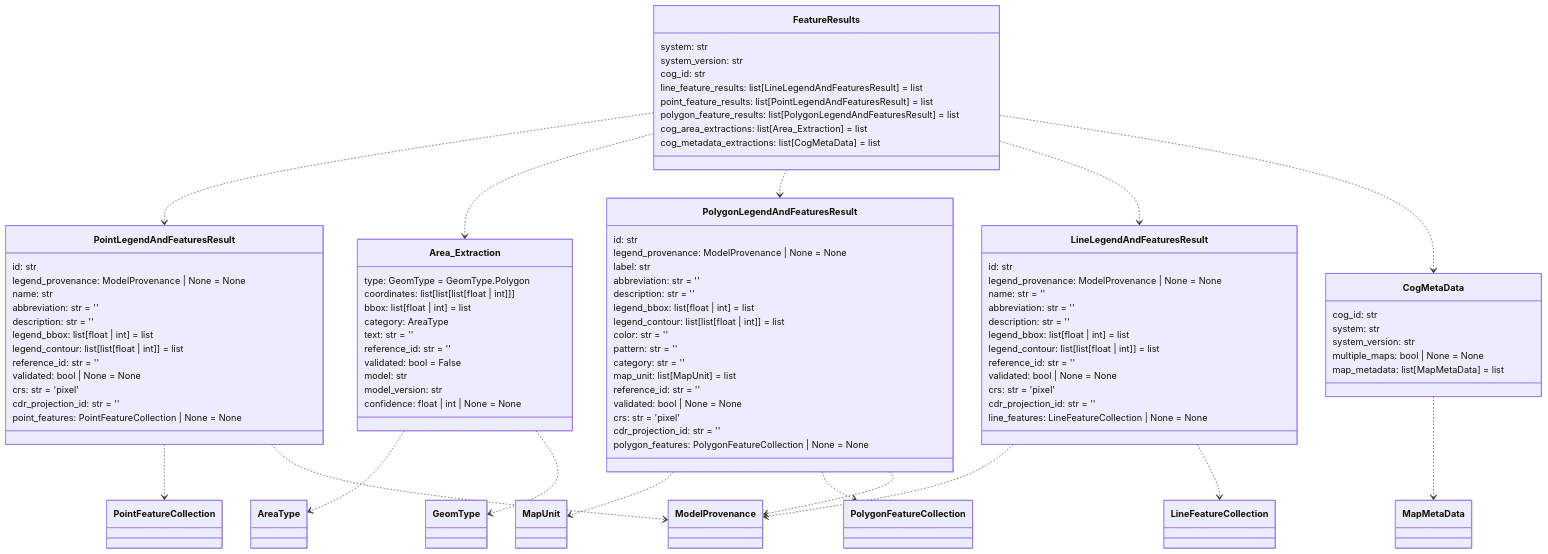
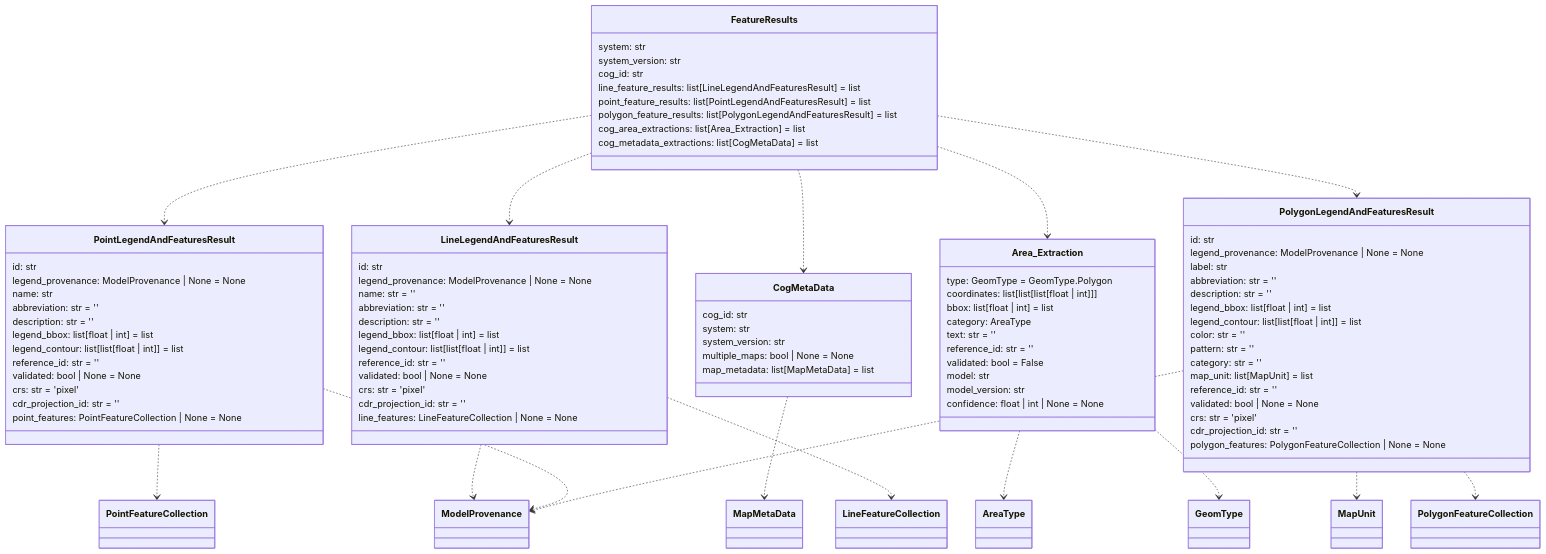
Before and after one commit to DARPA-CRITICALMAAS/cdr_schemas: the fourth of 14 diagrams in README.md, drawn with Mermaid. The commit also changed other lines of this file and 1 other file, not shown here.

````diff
--- a/README.md
+++ b/README.md
@@ -273,6 +273,14 @@
         point_features: PointFeatureCollection | None = None
     }
 
+    class CogMetaData {
+        cog_id: str
+        system: str
+        system_version: str
+        multiple_maps: bool | None = None
+        map_metadata: list[MapMetaData] = list
+    }
+
     class FeatureResults {
         system: str
         system_version: str
@@ -282,6 +290,21 @@
         polygon_feature_results: list[PolygonLegendAndFeaturesResult] = list
         cog_area_extractions: list[Area_Extraction] = list
         cog_metadata_extractions: list[CogMetaData] = list
+    }
+
+    class LineLegendAndFeaturesResult {
+        id: str
+        legend_provenance: ModelProvenance | None = None
+        name: str = ''
+        abbreviation: str = ''
+        description: str = ''
+        legend_bbox: list[float | int] = list
+        legend_contour: list[list[float | int]] = list
+        reference_id: str = ''
+        validated: bool | None = None
+        crs: str = 'pixel'
+        cdr_projection_id: str = ''
+        line_features: LineFeatureCollection | None = None
     }
 
     class Area_Extraction {
@@ -316,33 +339,10 @@
         polygon_features: PolygonFeatureCollection | None = None
     }
 
-    class LineLegendAndFeaturesResult {
-        id: str
-        legend_provenance: ModelProvenance | None = None
-        name: str = ''
-        abbreviation: str = ''
-        description: str = ''
-        legend_bbox: list[float | int] = list
-        legend_contour: list[list[float | int]] = list
-        reference_id: str = ''
-        validated: bool | None = None
-        crs: str = 'pixel'
-        cdr_projection_id: str = ''
-        line_features: LineFeatureCollection | None = None
-    }
-
-    class CogMetaData {
-        cog_id: str
-        system: str
-        system_version: str
-        multiple_maps: bool | None = None
-        map_metadata: list[MapMetaData] = list
-    }
-
     Area_Extraction ..> AreaType
     Area_Extraction ..> GeomType
+    LineLegendAndFeaturesResult ..> LineFeatureCollection
     LineLegendAndFeaturesResult ..> ModelProvenance
-    LineLegendAndFeaturesResult ..> LineFeatureCollection
     PointLegendAndFeaturesResult ..> PointFeatureCollection
     PointLegendAndFeaturesResult ..> ModelProvenance
     PolygonLegendAndFeaturesResult ..> MapUnit
@@ -350,10 +350,10 @@
     PolygonLegendAndFeaturesResult ..> ModelProvenance
     CogMetaData ..> MapMetaData
     FeatureResults ..> PointLegendAndFeaturesResult
+    FeatureResults ..> CogMetaData
+    FeatureResults ..> LineLegendAndFeaturesResult
     FeatureResults ..> Area_Extraction
     FeatureResults ..> PolygonLegendAndFeaturesResult
-    FeatureResults ..> LineLegendAndFeaturesResult
-    FeatureResults ..> CogMetaData
 
 
 ```
````
